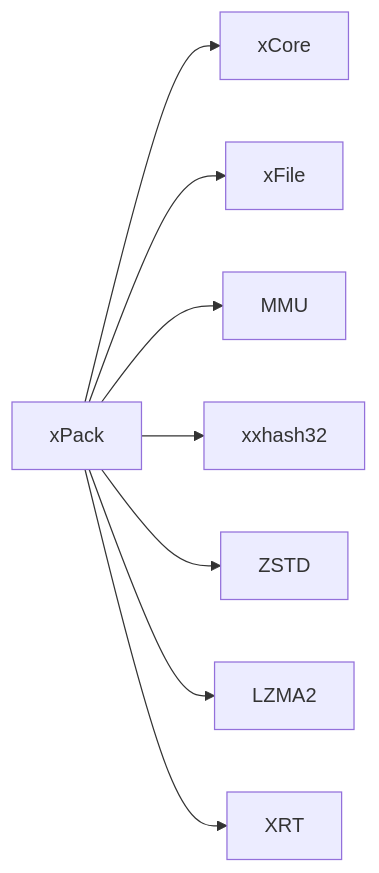
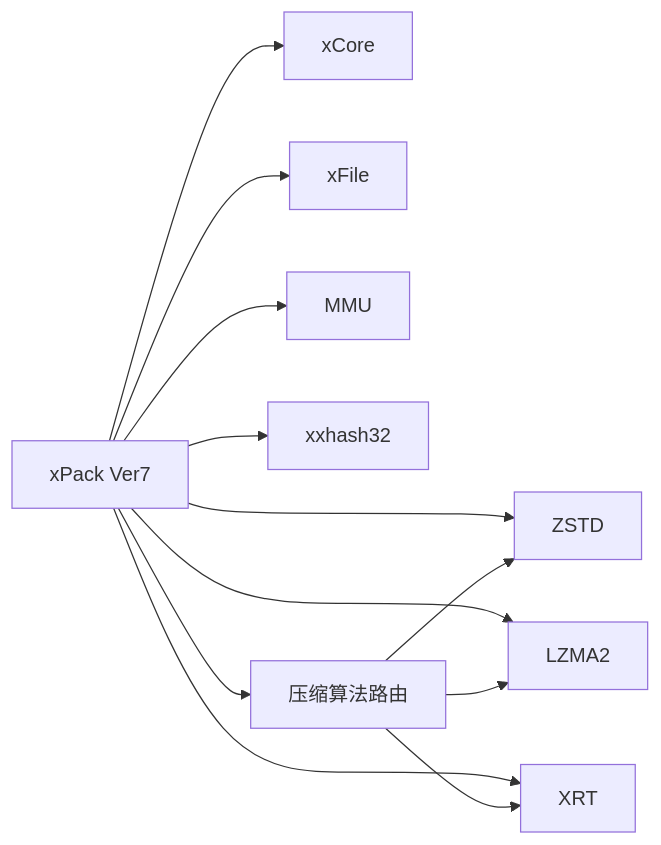
The ninth of 9 diagrams in .qoder/repowiki/zh/content/开发者指南/开发者指南.md (xywhsoft/xpack), drawn with Mermaid before and after one commit. The commit also changed other lines of this file and 23 other files, not shown here.

````diff
--- a/.qoder/repowiki/zh/content/开发者指南/开发者指南.md
+++ b/.qoder/repowiki/zh/content/开发者指南/开发者指南.md
@@ -281,10 +367,14 @@
 ```mermaid
 graph LR
-XP["xPack"] --> XC["xCore"]
+XP["xPack Ver7"] --> XC["xCore"]
 XP --> XF["xFile"]
 XP --> MM["MMU"]
 XP --> XX["xxhash32"]
 XP --> ZD["ZSTD"]
 XP --> LZ["LZMA2"]
 XP --> XR["XRT"]
+XP --> COMP["压缩算法路由"]
+COMP --> ZD
+COMP --> LZ
+COMP --> XR
 ```
````
